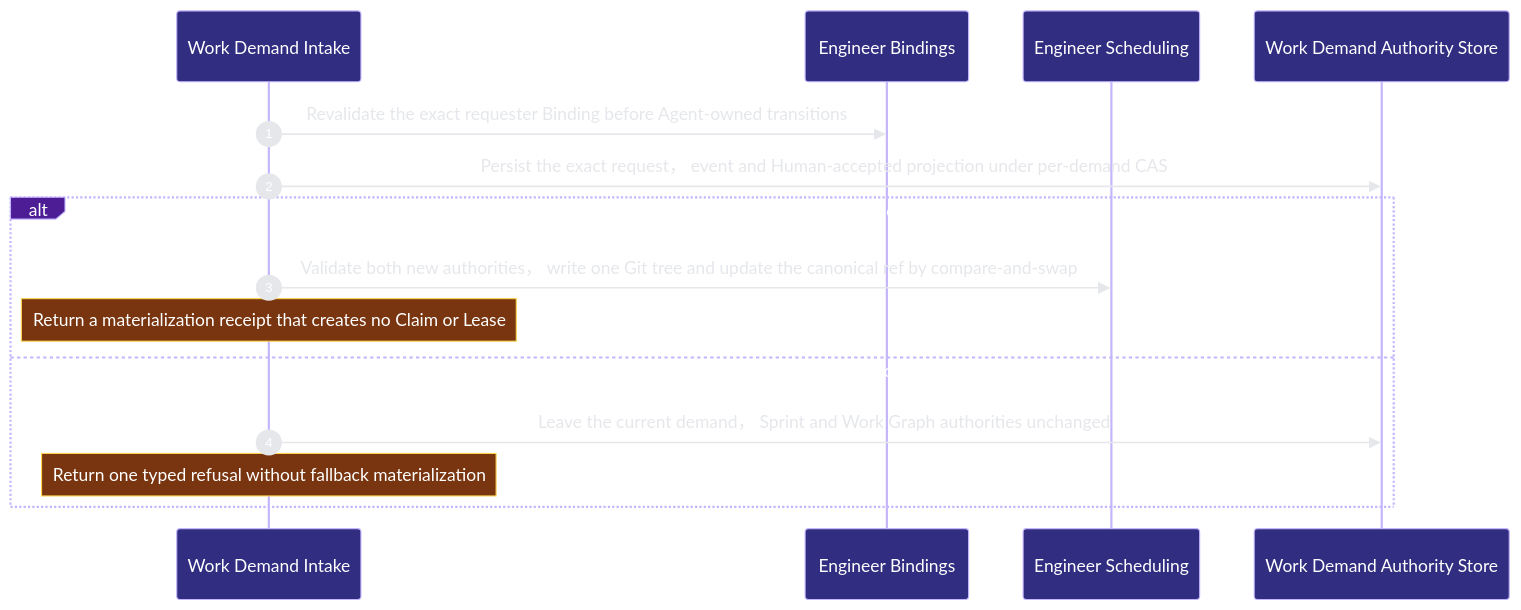
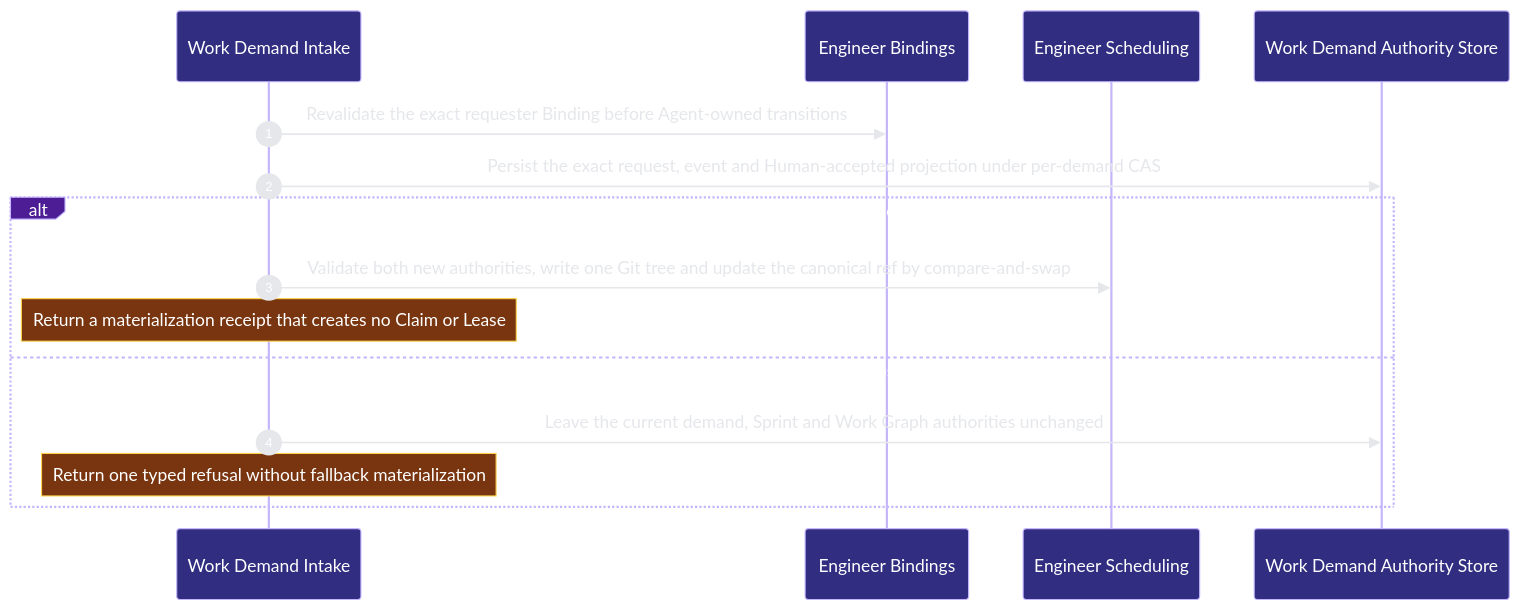
One commit to Ancienttwo/repo-harness changed the second of 2 diagrams in docs/architecture/modules/runtime-harness/work-demand.md. Above: the diagram before and after it, drawn with Mermaid. The commit also changed other lines of this file and 46 other files, not shown here.

First line of the commit message:
docs(architecture): re-project the architecture docs with archctx 0.7.1

````diff
--- a/docs/architecture/modules/runtime-harness/work-demand.md
+++ b/docs/architecture/modules/runtime-harness/work-demand.md
@@ -66,18 +81,18 @@
 ```mermaid
 %%{init: {"theme":"base","themeVariables":{"background":"#0d1117","actorBkg":"#312e81","actorBorder":"#c4b5fd","actorTextColor":"#ffffff","signalColor":"#e5e7eb","signalTextColor":"#e5e7eb","labelBoxBkgColor":"#4c1d95","labelBoxBorderColor":"#c4b5fd","labelTextColor":"#ffffff","noteBkgColor":"#78350f","noteBorderColor":"#fcd34d","noteTextColor":"#ffffff","sequenceNumberColor":"#ffffff"}}}%%
 sequenceDiagram
   autonumber
   participant p2_work_demand_869df62d as Work Demand Intake
   participant p2_engineer_bindings_4e9749d0 as Engineer Bindings
   participant p2_engineer_scheduling_873d6e50 as Engineer Scheduling
   participant p2_demand_store_99389b2e as Work Demand Authority Store
   p2_work_demand_869df62d->>p2_engineer_bindings_4e9749d0: Revalidate the exact requester Binding before Agent-owned transitions
-  p2_work_demand_869df62d->>p2_demand_store_99389b2e: Persist the exact request， event and Human-accepted projection under per-demand CAS
+  p2_work_demand_869df62d->>p2_demand_store_99389b2e: Persist the exact request#44; event and Human-accepted projection under per-demand CAS
   alt The accepted task becomes canonical in one Git commit
-  p2_work_demand_869df62d->>p2_engineer_scheduling_873d6e50: Validate both new authorities， write one Git tree and update the canonical ref by compare-and-swap
+  p2_work_demand_869df62d->>p2_engineer_scheduling_873d6e50: Validate both new authorities#44; write one Git tree and update the canonical ref by compare-and-swap
     Note over p2_work_demand_869df62d: Return a materialization receipt that creates no Claim or Lease
-  else Actor， digest or canonical revision mismatch fails closed
-  p2_work_demand_869df62d->>p2_demand_store_99389b2e: Leave the current demand， Sprint and Work Graph authorities unchanged
+  else Actor#44; digest or canonical revision mismatch fails closed
+  p2_work_demand_869df62d->>p2_demand_store_99389b2e: Leave the current demand#44; Sprint and Work Graph authorities unchanged
     Note over p2_work_demand_869df62d: Return one typed refusal without fallback materialization
   end
 ```
````
